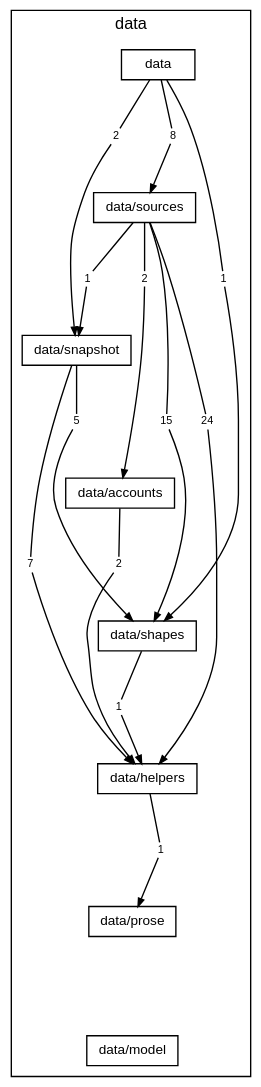
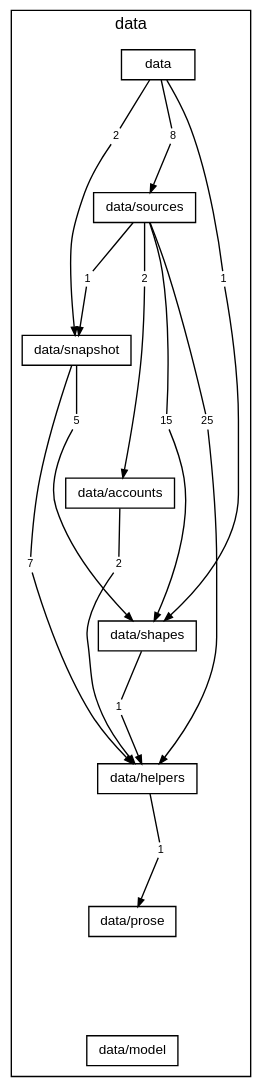
The diagram in docs/diagrams/layer-data.dot (TheAxeC/oculus), drawn with Graphviz before and after one commit. The commit also changed 118 other files, not shown here.

```diff
--- a/docs/diagrams/layer-data.dot
+++ b/docs/diagrams/layer-data.dot
@@ -1,59 +1,59 @@
 digraph layer_data {
     graph [bgcolor="transparent", rankdir=TB, newrank=true, fontname="Helvetica,Arial,sans-serif", fontsize=12, nodesep=0.2, ranksep=0.5];
     node [shape=box, color="black", fontcolor="black", fontname="Helvetica,Arial,sans-serif", fontsize=10, height=0.3, margin="0.12,0.04"];
     edge [color="black", fontcolor="black", fontname="Helvetica,Arial,sans-serif", fontsize=8, arrowsize=0.6];
     subgraph "cluster_data" {
         label="data"; style=solid;
         "folder data" [label="data"];
         "folder data/sources" [label="data/sources"];
         "folder data/snapshot" [label="data/snapshot"];
         "folder data/accounts" [label="data/accounts"];
         "folder data/shapes" [label="data/shapes"];
         "folder data/helpers" [label="data/helpers"];
         "folder data/prose" [label="data/prose"];
         "folder data/model" [label="data/model"];
         "folder data to folder data/shapes" [label="1", shape=box, color="transparent", fontsize=8, width=0, height=0, margin="0.04,0.02"];
         "folder data to folder data/snapshot" [label="2", shape=box, color="transparent", fontsize=8, width=0, height=0, margin="0.04,0.02"];
         "folder data to folder data/sources" [label="8", shape=box, color="transparent", fontsize=8, width=0, height=0, margin="0.04,0.02"];
         "folder data/sources to folder data/accounts" [label="2", shape=box, color="transparent", fontsize=8, width=0, height=0, margin="0.04,0.02"];
-        "folder data/sources to folder data/helpers" [label="24", shape=box, color="transparent", fontsize=8, width=0, height=0, margin="0.04,0.02"];
+        "folder data/sources to folder data/helpers" [label="25", shape=box, color="transparent", fontsize=8, width=0, height=0, margin="0.04,0.02"];
         "folder data/sources to folder data/shapes" [label="15", shape=box, color="transparent", fontsize=8, width=0, height=0, margin="0.04,0.02"];
         "folder data/sources to folder data/snapshot" [label="1", shape=box, color="transparent", fontsize=8, width=0, height=0, margin="0.04,0.02"];
         "folder data/snapshot to folder data/helpers" [label="7", shape=box, color="transparent", fontsize=8, width=0, height=0, margin="0.04,0.02"];
         "folder data/snapshot to folder data/shapes" [label="5", shape=box, color="transparent", fontsize=8, width=0, height=0, margin="0.04,0.02"];
         "folder data/accounts to folder data/helpers" [label="2", shape=box, color="transparent", fontsize=8, width=0, height=0, margin="0.04,0.02"];
         "folder data/shapes to folder data/helpers" [label="1", shape=box, color="transparent", fontsize=8, width=0, height=0, margin="0.04,0.02"];
         "folder data/helpers to folder data/prose" [label="1", shape=box, color="transparent", fontsize=8, width=0, height=0, margin="0.04,0.02"];
     }
     "folder data" -> "folder data/sources" [style=invis, weight=10, minlen=2];
     "folder data/sources" -> "folder data/snapshot" [style=invis, weight=10, minlen=2];
     "folder data/snapshot" -> "folder data/accounts" [style=invis, weight=10, minlen=2];
     "folder data/accounts" -> "folder data/shapes" [style=invis, weight=10, minlen=2];
     "folder data/shapes" -> "folder data/helpers" [style=invis, weight=10, minlen=2];
     "folder data/helpers" -> "folder data/prose" [style=invis, weight=10, minlen=2];
     "folder data/prose" -> "folder data/model" [style=invis, weight=10, minlen=2];
     "folder data" -> "folder data to folder data/shapes" [arrowhead=none, minlen=3, weight=10];
     "folder data to folder data/shapes" -> "folder data/shapes" [];
     "folder data" -> "folder data to folder data/snapshot" [arrowhead=none, minlen=1, weight=10];
     "folder data to folder data/snapshot" -> "folder data/snapshot" [];
     "folder data" -> "folder data to folder data/sources" [arrowhead=none, minlen=1, weight=10];
     "folder data to folder data/sources" -> "folder data/sources" [];
     "folder data/sources" -> "folder data/sources to folder data/accounts" [arrowhead=none, minlen=1, weight=10];
     "folder data/sources to folder data/accounts" -> "folder data/accounts" [];
     "folder data/sources" -> "folder data/sources to folder data/helpers" [arrowhead=none, minlen=3, weight=10];
     "folder data/sources to folder data/helpers" -> "folder data/helpers" [];
     "folder data/sources" -> "folder data/sources to folder data/shapes" [arrowhead=none, minlen=3, weight=10];
     "folder data/sources to folder data/shapes" -> "folder data/shapes" [];
     "folder data/sources" -> "folder data/sources to folder data/snapshot" [arrowhead=none, minlen=1, weight=10];
     "folder data/sources to folder data/snapshot" -> "folder data/snapshot" [];
     "folder data/snapshot" -> "folder data/snapshot to folder data/helpers" [arrowhead=none, minlen=3, weight=10];
     "folder data/snapshot to folder data/helpers" -> "folder data/helpers" [];
     "folder data/snapshot" -> "folder data/snapshot to folder data/shapes" [arrowhead=none, minlen=1, weight=10];
     "folder data/snapshot to folder data/shapes" -> "folder data/shapes" [];
     "folder data/accounts" -> "folder data/accounts to folder data/helpers" [arrowhead=none, minlen=1, weight=10];
     "folder data/accounts to folder data/helpers" -> "folder data/helpers" [];
     "folder data/shapes" -> "folder data/shapes to folder data/helpers" [arrowhead=none, minlen=1, weight=10];
     "folder data/shapes to folder data/helpers" -> "folder data/helpers" [];
     "folder data/helpers" -> "folder data/helpers to folder data/prose" [arrowhead=none, minlen=1, weight=10];
     "folder data/helpers to folder data/prose" -> "folder data/prose" [];
 }
```
